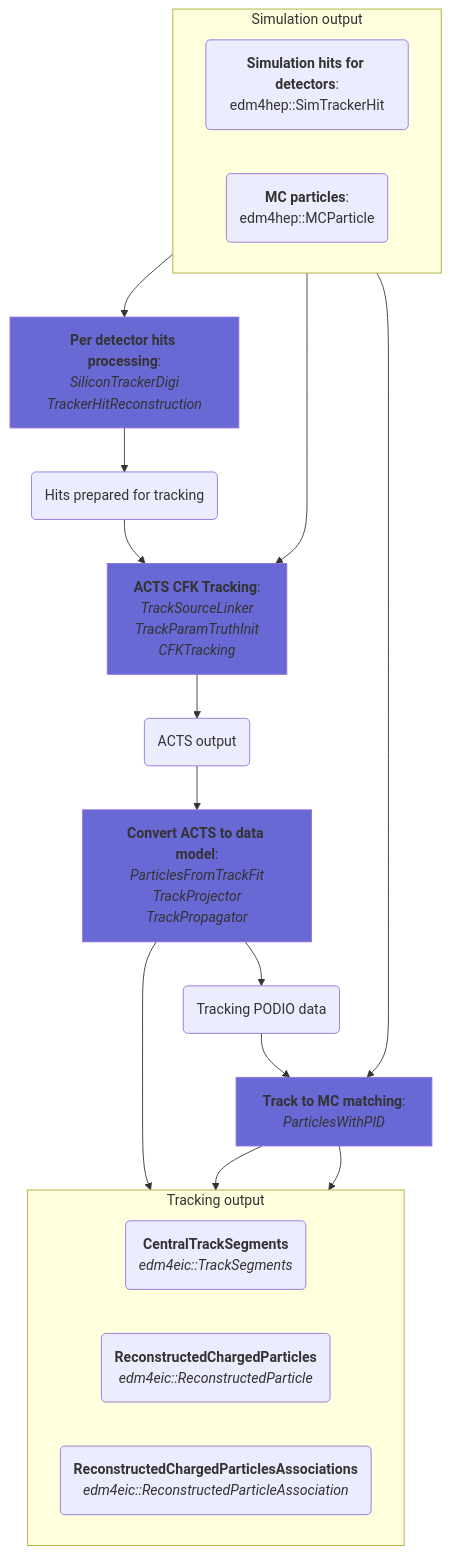
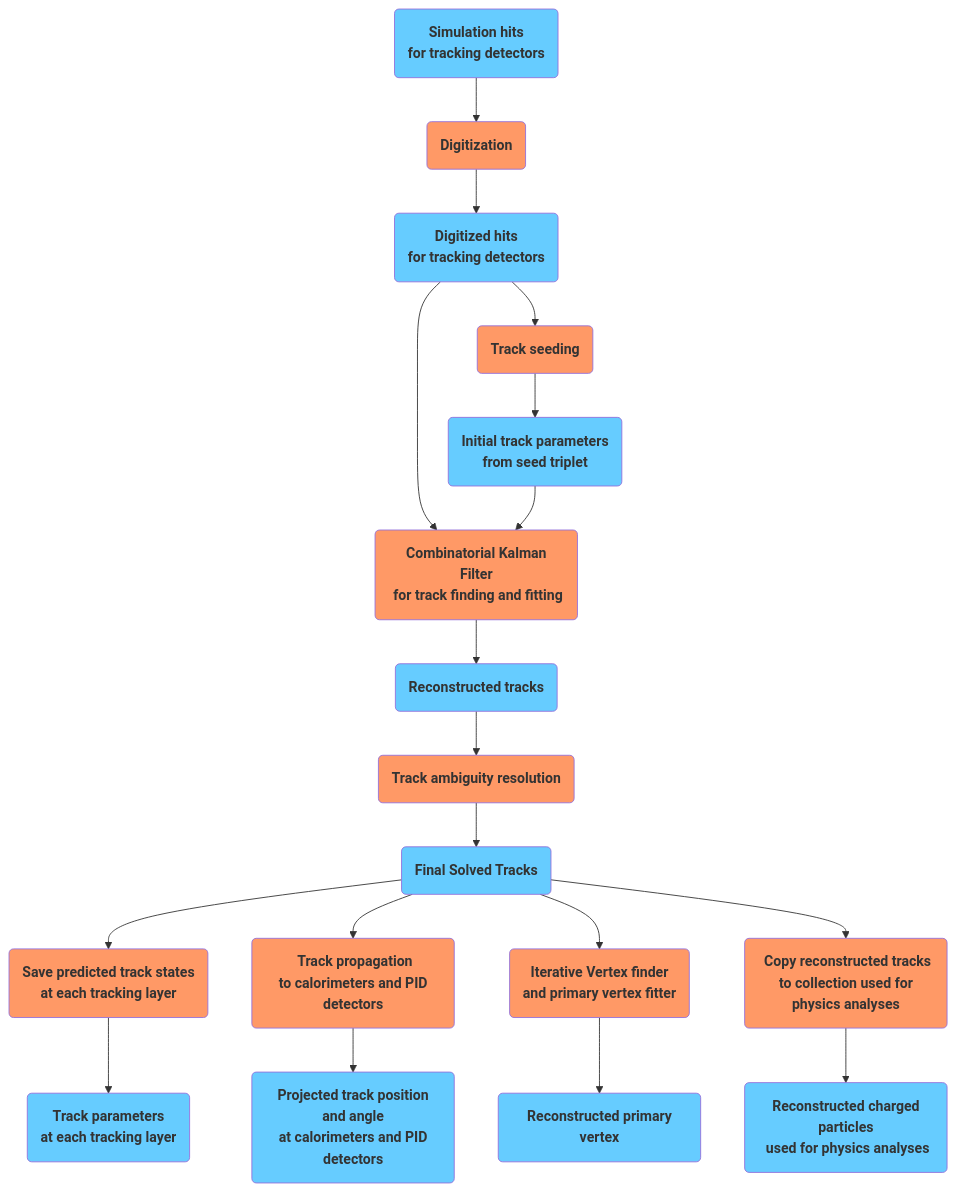
The first of 4 diagrams in docs/design/tracking.md (eic/EICrecon), drawn with Mermaid before and after one commit. The commit also changed other lines of this file, not shown here.

First line of the commit message:
Update track reconstruction documentation (#1987)

````diff
--- a/docs/design/tracking.md
+++ b/docs/design/tracking.md
@@ -3,36 +8,33 @@
 ```mermaid
 flowchart TB
-  classDef alg fill:#44cc;
-  classDef col fill:#cc66ff;
-  subgraph Simulation output
-    direction LR
-    SimHits(<strong>Simulation hits for detectors</strong>:<br/>edm4hep::SimTrackerHit)
-    MCParticles(<strong>MC particles</strong>:<br/>edm4hep::MCParticle)
-  end
+  classDef alg fill:#f96;
+  classDef col fill:#66ccff;
 
-  SimHits --> HitsReco[<strong>Per detector hits processing</strong>:<br/><i>SiliconTrackerDigi</i><br><i>TrackerHitReconstruction</i>]:::alg
-  HitsReco --> Hits(Hits prepared for tracking)
+  SimHits(<strong>Simulation hits<br/> for tracking detectors</strong>):::col
+  SimHits --> TrackDigi(<strong>Digitization</strong>):::alg
+  TrackDigi --> RecHits(<strong>Digitized hits<br/> for tracking detectors</strong>):::col
 
-  Hits --> CKFTracking[<strong>ACTS CFK Tracking</strong>:<br/><i>TrackSourceLinker</i><br><i>TrackParamTruthInit</i><br><i>CFKTracking</i>]:::alg
-  MCParticles --> CKFTracking
+  RecHits --> TrackSeeding(<strong> Track seeding):::alg
+  TrackSeeding --> InitParams(<strong> Initial track parameters<br/> from seed triplet):::col
 
-  CKFTracking --> ACTSOutput(ACTS output)
+  RecHits --> CKFTracking(<strong> Combinatorial Kalman Filter<br/> for track finding and fitting):::alg
+  InitParams --> CKFTracking
+  CKFTracking --> ActsTracksUnsolved(<strong> Reconstructed tracks):::col
 
-  ACTSOutput --> ACTSToModel[<strong>Convert ACTS to data model</strong>:<br/><i>ParticlesFromTrackFit</i><br><i>TrackProjector</i><br><i>TrackPropagator</i>]:::alg
+  ActsTracksUnsolved --> AmbiguitySolver(<strong> Track ambiguity resolution):::alg
 
-  ACTSToModel --> TrackingModel(Tracking PODIO data)
+  %% AmbiguitySolver --> ActsTracks(<strong> Final solved tracks):::col
+  %% ActsTracks --> TypeConverter(<strong> Conversion of tracks<br/> to PODIO data type):::alg
+  %% TypeConverter --> ReconstructedTracks(<strong> Reconstructed tracks<br/> in PODIO format):::col
+  AmbiguitySolver --> ReconstructedTracks(<strong> Final Solved Tracks):::col
 
-  TrackingModel --> ParticlesWithPID:::alg
-  MCParticles --> ParticlesWithPID[<strong>Track to MC matching</strong>:<br/><i>ParticlesWithPID</i>]
-  ACTSToModel --> CentralTrackSegments
+  ReconstructedTracks --> TrackProjector(<strong> Save predicted track states<br/> at each tracking layer):::alg
+  TrackProjector --> TrackStates(<strong> Track parameters<br/> at each tracking layer):::col
+  ReconstructedTracks --> TrackPropagator(<strong> Track propagation<br/> to calorimeters and PID detectors):::alg
+  TrackPropagator --> PropagatedTracks(<strong> Projected track position and angle<br/> at calorimeters and PID detectors):::col
+  ReconstructedTracks -->IterVertFind(<strong> Iterative Vertex finder<br/> and primary vertex fitter):::alg
+  IterVertFind --> PrimVertices(<strong> Reconstructed primary vertex):::col
+  ReconstructedTracks --> ParticleFactory(<strong> Copy reconstructed tracks<br/> to collection used for physics analyses):::alg
+  ParticleFactory --> ReconstructedChargedParticles(<strong> Reconstructed charged particles<br/> used for physics analyses):::col
 
-  ParticlesWithPID --> ReconstructedChargedParticles
-  ParticlesWithPID --> ReconstructedChargedParticlesAssociations
-
-  subgraph Tracking output
-    direction LR
-    CentralTrackSegments(<strong>CentralTrackSegments</strong><br/><i>edm4eic::TrackSegments</i>)
-    ReconstructedChargedParticles(<strong>ReconstructedChargedParticles</strong><br/><i>edm4eic::ReconstructedParticle</i>)
-    ReconstructedChargedParticlesAssociations(<strong>ReconstructedChargedParticlesAssociations</strong><br/><i>edm4eic::ReconstructedParticleAssociation</i>)
-  end
 ```
````
